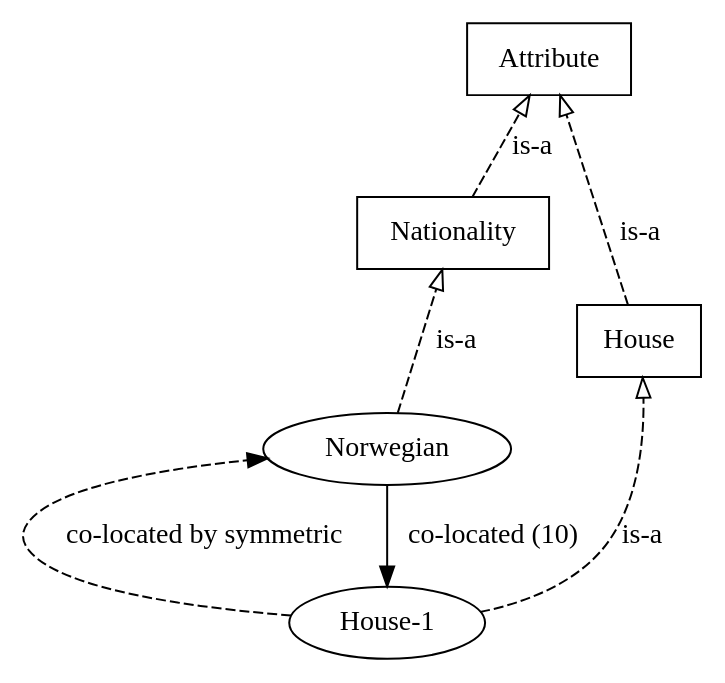
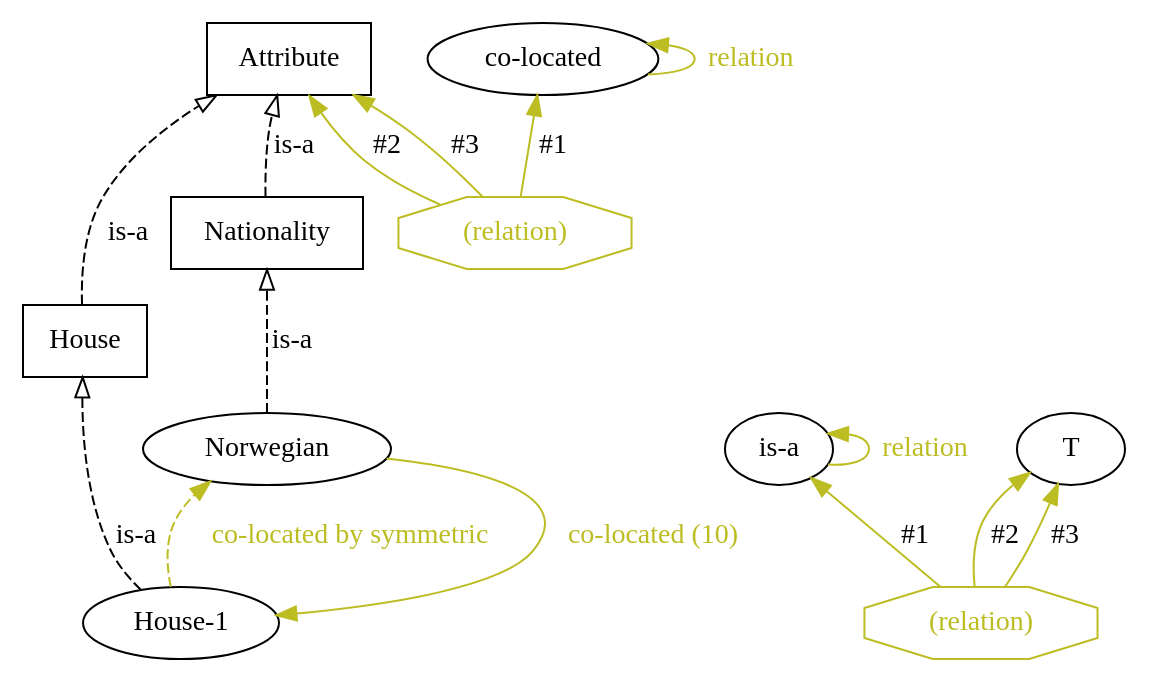
One commit to agutikov/ein changed the fifth of 5 diagrams in docs/ein/user/04-reference/12-rendering.md. Above: the diagram before and after it, drawn with Graphviz. The commit also changed other lines of this file and 17 other files, not shown here.

````diff
--- a/docs/ein/user/04-reference/12-rendering.md
+++ b/docs/ein/user/04-reference/12-rendering.md
@@ -146,16 +199,30 @@
 ```dot
-digraph zebra_fragment {
+digraph kb {
   rankdir=BT;
-  "Nationality" [shape=box];
-  "House"       [shape=box];
-  "Attribute"   [shape=box];
-  "Norwegian"   [shape=oval];
-  "House-1"     [shape=oval];
+  // types
+  "Attribute" [shape=box, label="Attribute"];
+  "House" [shape=box, label="House"];
+  "Nationality" [shape=box, label="Nationality"];
+  // instances
+  "House-1" [shape=oval, label="House-1"];
+  "Norwegian" [shape=oval, label="Norwegian"];
+
+  // facts
+  f_1f1a2cc2f3 [shape=octagon, label="(relation)", color="#bcbd22", fontcolor="#bcbd22", style=solid];
+  f_1f1a2cc2f3 -> "is-a" [label="#1", color="#bcbd22", style=solid];
+  f_1f1a2cc2f3 -> "T" [label="#2", color="#bcbd22", style=solid];
+  f_1f1a2cc2f3 -> "T" [label="#3", color="#bcbd22", style=solid];
+  "is-a" -> "is-a" [label="relation", color="#bcbd22", fontcolor="#bcbd22", style=solid];
+  f_d6c4ab1c24 [shape=octagon, label="(relation)", color="#bcbd22", fontcolor="#bcbd22", style=solid];
+  f_d6c4ab1c24 -> "co-located" [label="#1", color="#bcbd22", style=solid];
+  f_d6c4ab1c24 -> "Attribute" [label="#2", color="#bcbd22", style=solid];
+  f_d6c4ab1c24 -> "Attribute" [label="#3", color="#bcbd22", style=solid];
+  "co-located" -> "co-located" [label="relation", color="#bcbd22", fontcolor="#bcbd22", style=solid];
+  "Nationality" -> "Attribute" [style=dashed, arrowhead=empty, label="is-a"];
+  "House" -> "Attribute" [style=dashed, arrowhead=empty, label="is-a"];
   "Norwegian" -> "Nationality" [style=dashed, arrowhead=empty, label="is-a"];
-  "House-1"   -> "House"       [style=dashed, arrowhead=empty, label="is-a"];
-  "Nationality" -> "Attribute" [style=dashed, arrowhead=empty, label="is-a"];
-  "House"       -> "Attribute" [style=dashed, arrowhead=empty, label="is-a"];
-  "Norwegian" -> "House-1" [label="co-located (10)", style=solid];
-  "House-1" -> "Norwegian" [label="co-located by symmetric", style=dashed];
+  "House-1" -> "House" [style=dashed, arrowhead=empty, label="is-a"];
+  "Norwegian" -> "House-1" [label="co-located (10)", color="#bcbd22", fontcolor="#bcbd22", style=solid];
+  "House-1" -> "Norwegian" [label="co-located by symmetric", color="#bcbd22", fontcolor="#bcbd22", style=dashed];
 }
 ```
````
